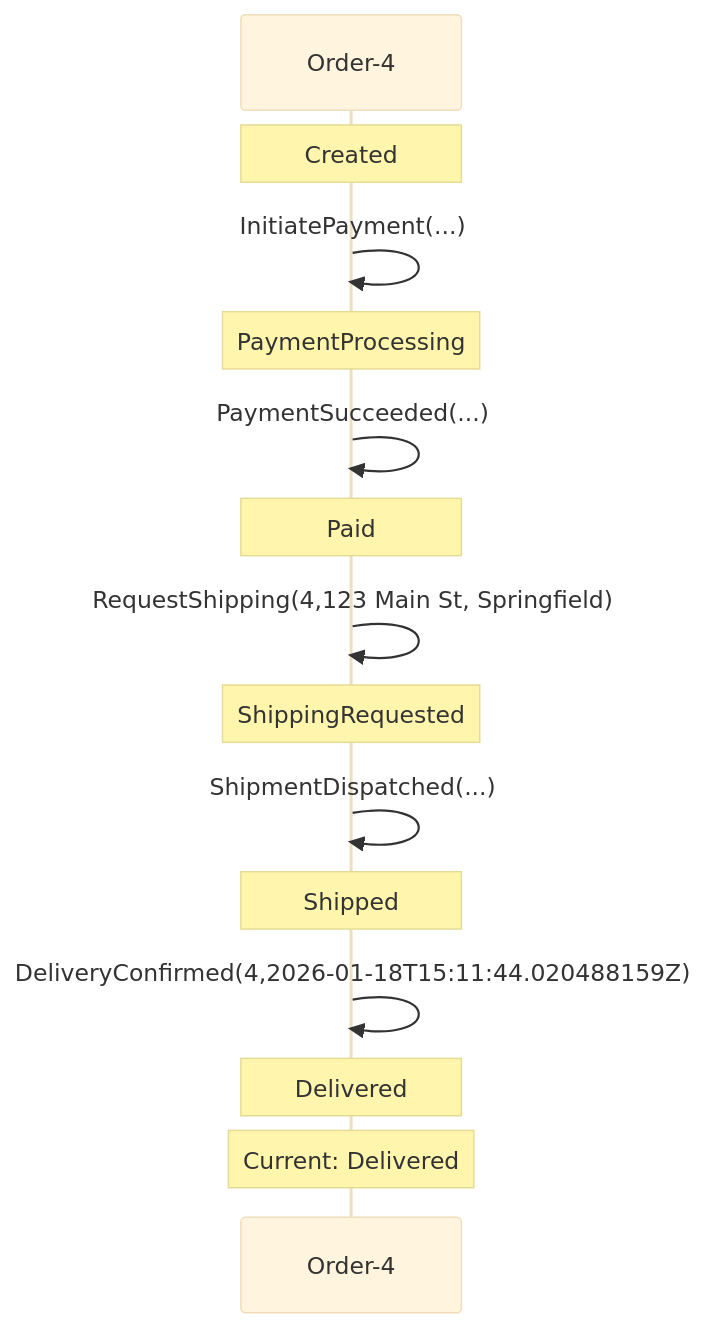
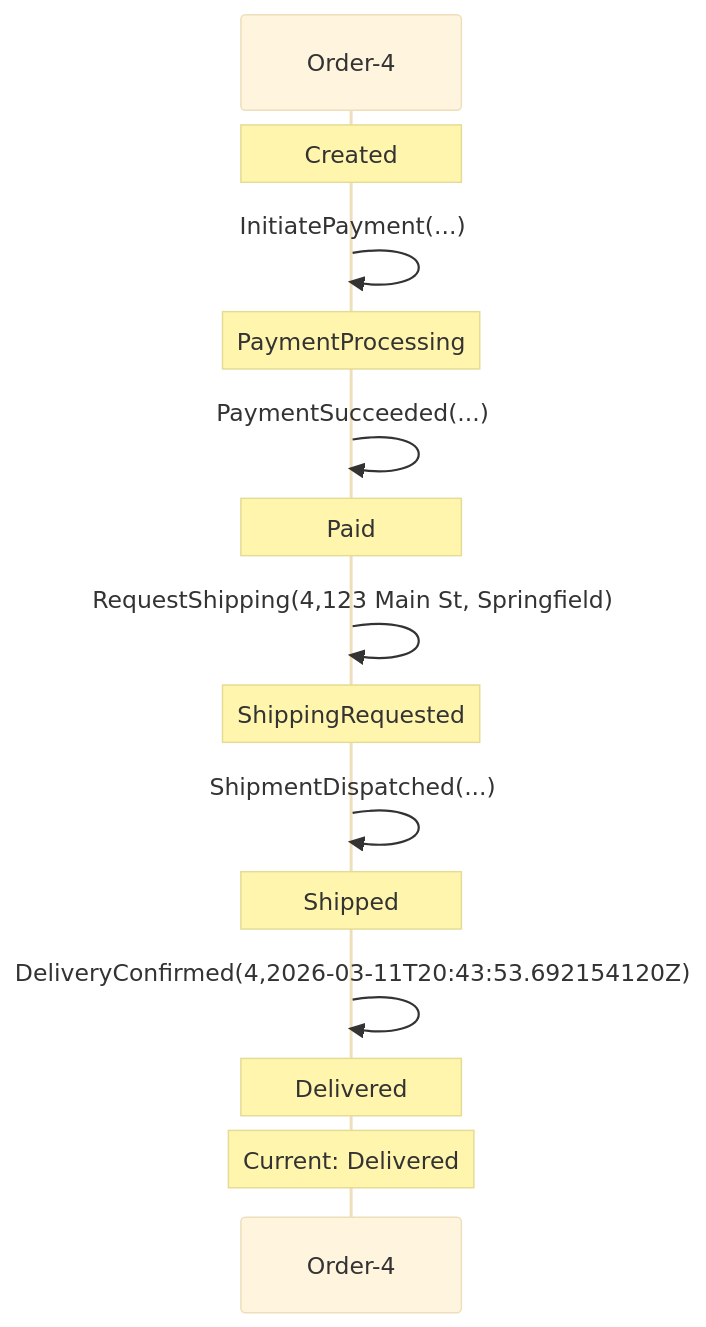
One commit to Iterable/mechanoid changed the first of 2 diagrams in docs/visualizations/order-4-trace.md. Above: the diagram before and after it, drawn with Mermaid (base theme). The commit also changed 54 other files, not shown here.

First line of the commit message:
[AI-4121] Replace include() with combine/++ and enhance DB schema (#31)

````diff
--- a/docs/visualizations/order-4-trace.md
+++ b/docs/visualizations/order-4-trace.md
@@ -7,17 +7,17 @@
 ```mermaid
 sequenceDiagram
     participant FSM as Order-4
     Note over FSM: Created
     FSM->>FSM: InitiatePayment(...)
     Note over FSM: PaymentProcessing
     FSM->>FSM: PaymentSucceeded(...)
     Note over FSM: Paid
     FSM->>FSM: RequestShipping(4,123 Main St, Springfield)
     Note over FSM: ShippingRequested
     FSM->>FSM: ShipmentDispatched(...)
     Note over FSM: Shipped
-    FSM->>FSM: DeliveryConfirmed(4,2026-01-18T15:11:44.020488159Z)
+    FSM->>FSM: DeliveryConfirmed(4,2026-03-11T20:43:53.692154120Z)
     Note over FSM: Delivered
     Note over FSM: Current: Delivered
 
 ```
````
